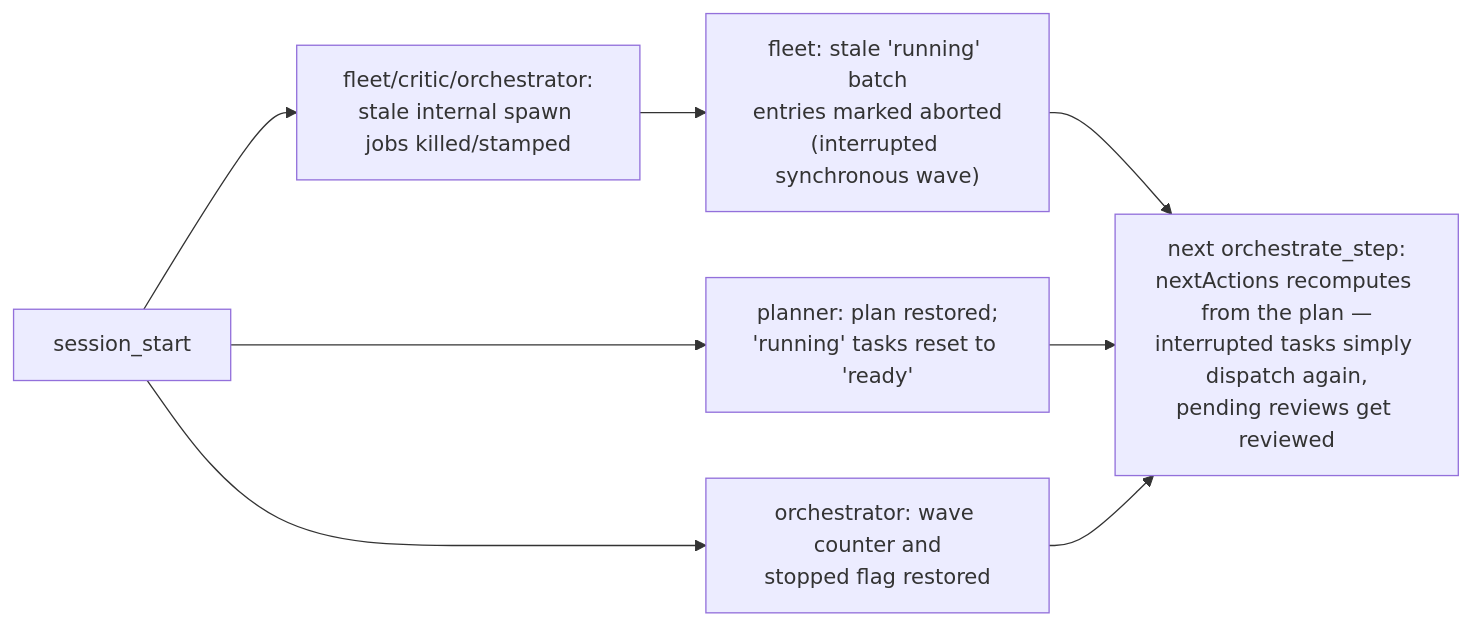
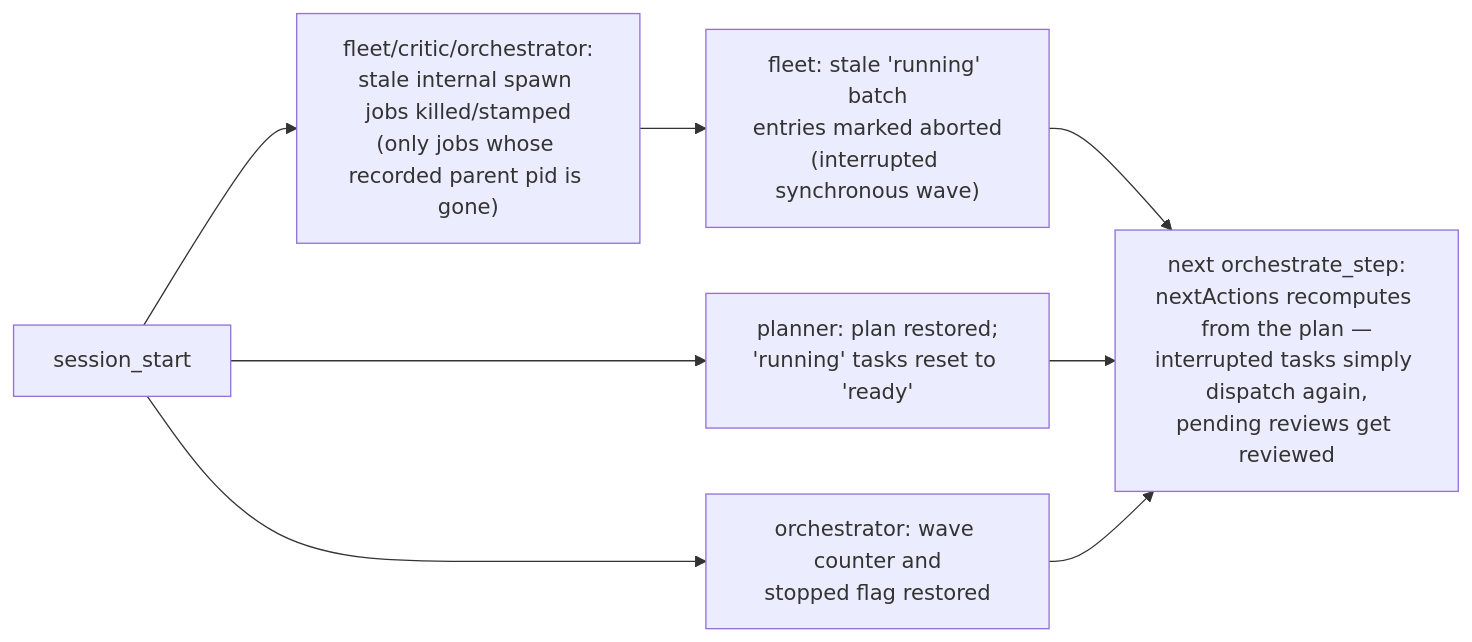
The ninth of 9 diagrams in docs/orchestrator-architecture.md (ulvestuen/pi-kit), drawn with Mermaid before and after one commit. The commit also changed 8 other files, not shown here.

````diff
--- a/docs/orchestrator-architecture.md
+++ b/docs/orchestrator-architecture.md
@@ -397,10 +397,10 @@
 ```mermaid
 flowchart LR
-    restart["session_start"] --> c["fleet/critic/orchestrator:<br/>stale internal spawn jobs killed/stamped"]
+    restart["session_start"] --> c["fleet/critic/orchestrator:<br/>stale internal spawn jobs killed/stamped<br/>(only jobs whose recorded parent pid is gone)"]
     c --> f["fleet: stale 'running' batch<br/>entries marked aborted<br/>(interrupted synchronous wave)"]
     restart --> p["planner: plan restored;<br/>'running' tasks reset to 'ready'"]
     restart --> o["orchestrator: wave counter and<br/>stopped flag restored"]
     f --> resume["next orchestrate_step:<br/>nextActions recomputes from the plan —<br/>interrupted tasks simply dispatch again,<br/>pending reviews get reviewed"]
     p --> resume
     o --> resume
 ```
````
